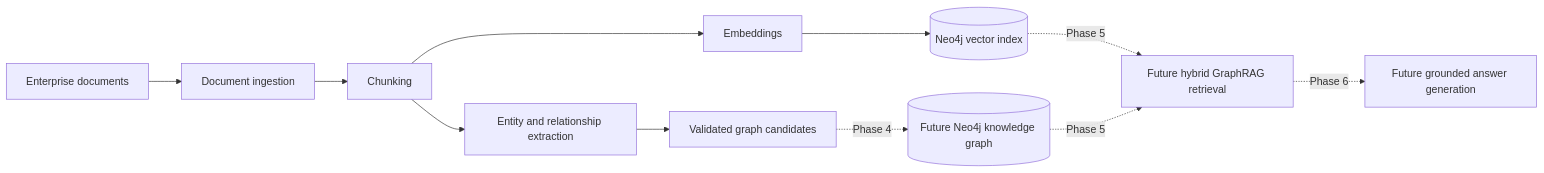
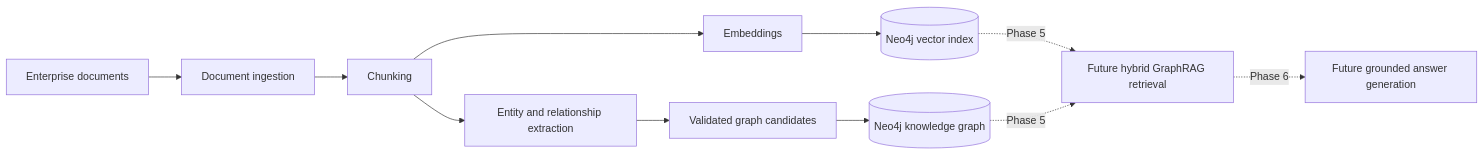
The first of 3 diagrams in README.md (AlemMekru/enterprise-graphrag), drawn with Mermaid before and after one commit. The commit also changed other lines of this file and 16 other files, not shown here.

First line of the commit message:
Summary: Implement Neo4j knowledge graph construction

````diff
--- a/README.md
+++ b/README.md
@@ -17,13 +17,13 @@
 ```mermaid
 flowchart LR
     A[Enterprise documents] --> B[Document ingestion]
     B --> C[Chunking]
     C --> D[Embeddings]
     D --> E[(Neo4j vector index)]
     C --> F[Entity and relationship extraction]
     F --> G[Validated graph candidates]
-    G -. Phase 4 .-> H[(Future Neo4j knowledge graph)]
+    G --> H[(Neo4j knowledge graph)]
     E -. Phase 5 .-> I[Future hybrid GraphRAG retrieval]
     H -. Phase 5 .-> I
     I -. Phase 6 .-> J[Future grounded answer generation]
 ```
````
